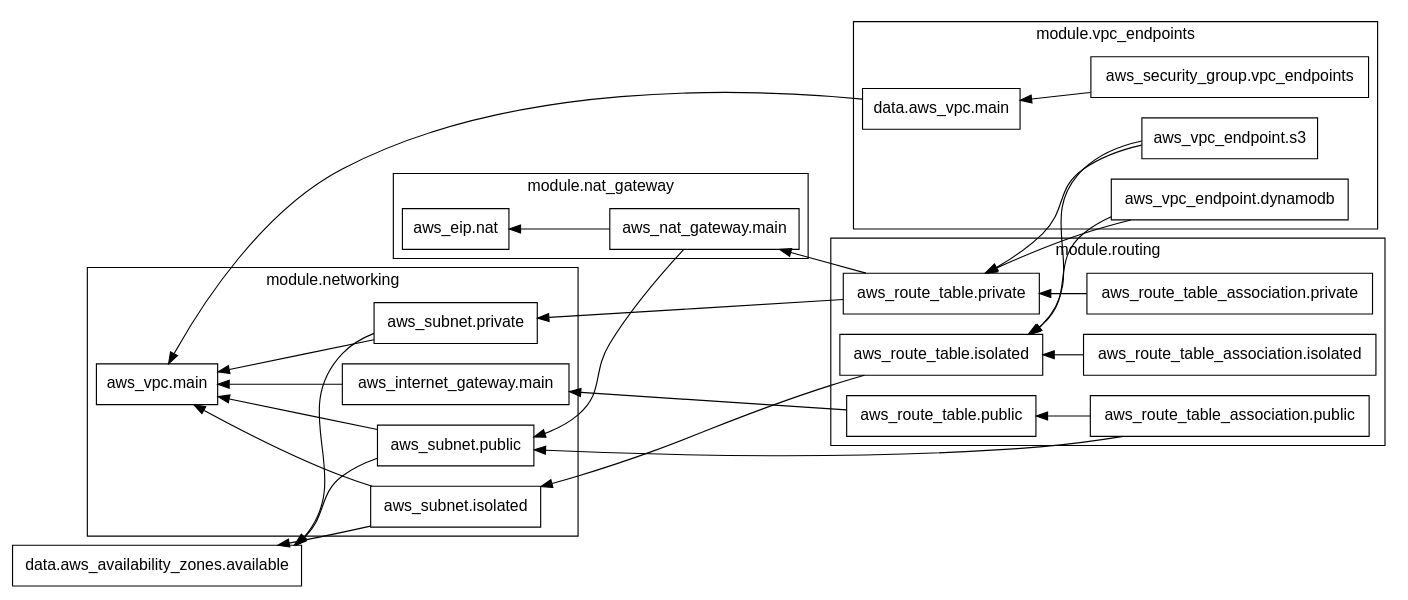
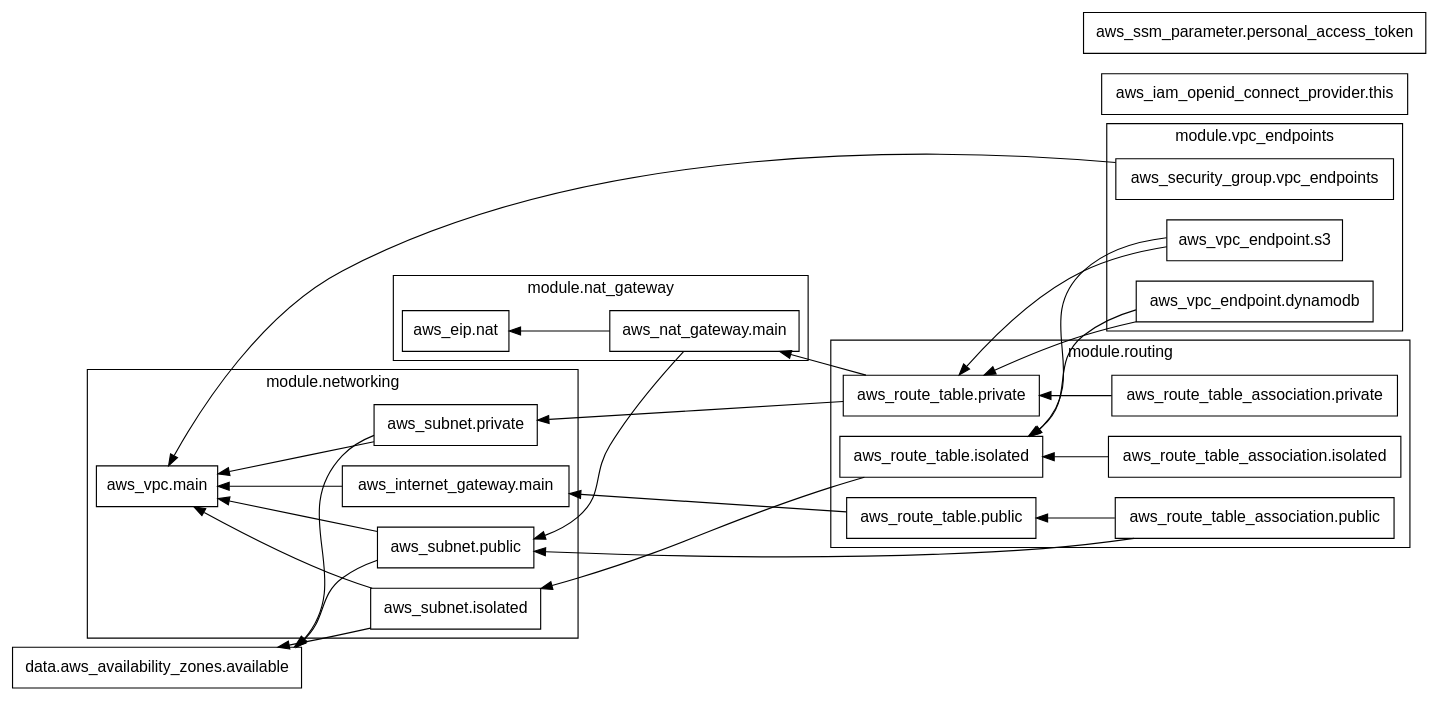
The diagram in infra/modules/aws_core_infra/graph.dot (pagopa/dx), drawn with Graphviz before and after one commit. The commit also changed 2 other files, not shown here.

```diff
--- a/infra/modules/aws_core_infra/graph.dot
+++ b/infra/modules/aws_core_infra/graph.dot
@@ -1,61 +1,61 @@
 digraph G {
   rankdir = "RL";
   node [shape = rect, fontname = "sans-serif"];
   "data.aws_availability_zones.available" [label="data.aws_availability_zones.available"];
+  "aws_iam_openid_connect_provider.this" [label="aws_iam_openid_connect_provider.this"];
+  "aws_ssm_parameter.personal_access_token" [label="aws_ssm_parameter.personal_access_token"];
   subgraph "cluster_module.nat_gateway" {
     label = "module.nat_gateway"
     fontname = "sans-serif"
     "module.nat_gateway.aws_eip.nat" [label="aws_eip.nat"];
     "module.nat_gateway.aws_nat_gateway.main" [label="aws_nat_gateway.main"];
   }
   subgraph "cluster_module.networking" {
     label = "module.networking"
     fontname = "sans-serif"
     "module.networking.aws_internet_gateway.main" [label="aws_internet_gateway.main"];
     "module.networking.aws_subnet.isolated" [label="aws_subnet.isolated"];
     "module.networking.aws_subnet.private" [label="aws_subnet.private"];
     "module.networking.aws_subnet.public" [label="aws_subnet.public"];
     "module.networking.aws_vpc.main" [label="aws_vpc.main"];
   }
   subgraph "cluster_module.routing" {
     label = "module.routing"
     fontname = "sans-serif"
     "module.routing.aws_route_table.isolated" [label="aws_route_table.isolated"];
     "module.routing.aws_route_table.private" [label="aws_route_table.private"];
     "module.routing.aws_route_table.public" [label="aws_route_table.public"];
     "module.routing.aws_route_table_association.isolated" [label="aws_route_table_association.isolated"];
     "module.routing.aws_route_table_association.private" [label="aws_route_table_association.private"];
     "module.routing.aws_route_table_association.public" [label="aws_route_table_association.public"];
   }
   subgraph "cluster_module.vpc_endpoints" {
     label = "module.vpc_endpoints"
     fontname = "sans-serif"
-    "module.vpc_endpoints.data.aws_vpc.main" [label="data.aws_vpc.main"];
     "module.vpc_endpoints.aws_security_group.vpc_endpoints" [label="aws_security_group.vpc_endpoints"];
     "module.vpc_endpoints.aws_vpc_endpoint.dynamodb" [label="aws_vpc_endpoint.dynamodb"];
     "module.vpc_endpoints.aws_vpc_endpoint.s3" [label="aws_vpc_endpoint.s3"];
   }
   "module.nat_gateway.aws_nat_gateway.main" -> "module.nat_gateway.aws_eip.nat";
   "module.nat_gateway.aws_nat_gateway.main" -> "module.networking.aws_subnet.public";
   "module.networking.aws_internet_gateway.main" -> "module.networking.aws_vpc.main";
   "module.networking.aws_subnet.isolated" -> "data.aws_availability_zones.available";
   "module.networking.aws_subnet.isolated" -> "module.networking.aws_vpc.main";
   "module.networking.aws_subnet.private" -> "data.aws_availability_zones.available";
   "module.networking.aws_subnet.private" -> "module.networking.aws_vpc.main";
   "module.networking.aws_subnet.public" -> "data.aws_availability_zones.available";
   "module.networking.aws_subnet.public" -> "module.networking.aws_vpc.main";
   "module.routing.aws_route_table.isolated" -> "module.networking.aws_subnet.isolated";
   "module.routing.aws_route_table.private" -> "module.nat_gateway.aws_nat_gateway.main";
   "module.routing.aws_route_table.private" -> "module.networking.aws_subnet.private";
   "module.routing.aws_route_table.public" -> "module.networking.aws_internet_gateway.main";
   "module.routing.aws_route_table_association.isolated" -> "module.routing.aws_route_table.isolated";
   "module.routing.aws_route_table_association.private" -> "module.routing.aws_route_table.private";
   "module.routing.aws_route_table_association.public" -> "module.networking.aws_subnet.public";
   "module.routing.aws_route_table_association.public" -> "module.routing.aws_route_table.public";
-  "module.vpc_endpoints.data.aws_vpc.main" -> "module.networking.aws_vpc.main";
-  "module.vpc_endpoints.aws_security_group.vpc_endpoints" -> "module.vpc_endpoints.data.aws_vpc.main";
+  "module.vpc_endpoints.aws_security_group.vpc_endpoints" -> "module.networking.aws_vpc.main";
   "module.vpc_endpoints.aws_vpc_endpoint.dynamodb" -> "module.routing.aws_route_table.isolated";
   "module.vpc_endpoints.aws_vpc_endpoint.dynamodb" -> "module.routing.aws_route_table.private";
   "module.vpc_endpoints.aws_vpc_endpoint.s3" -> "module.routing.aws_route_table.isolated";
   "module.vpc_endpoints.aws_vpc_endpoint.s3" -> "module.routing.aws_route_table.private";
 }
```
